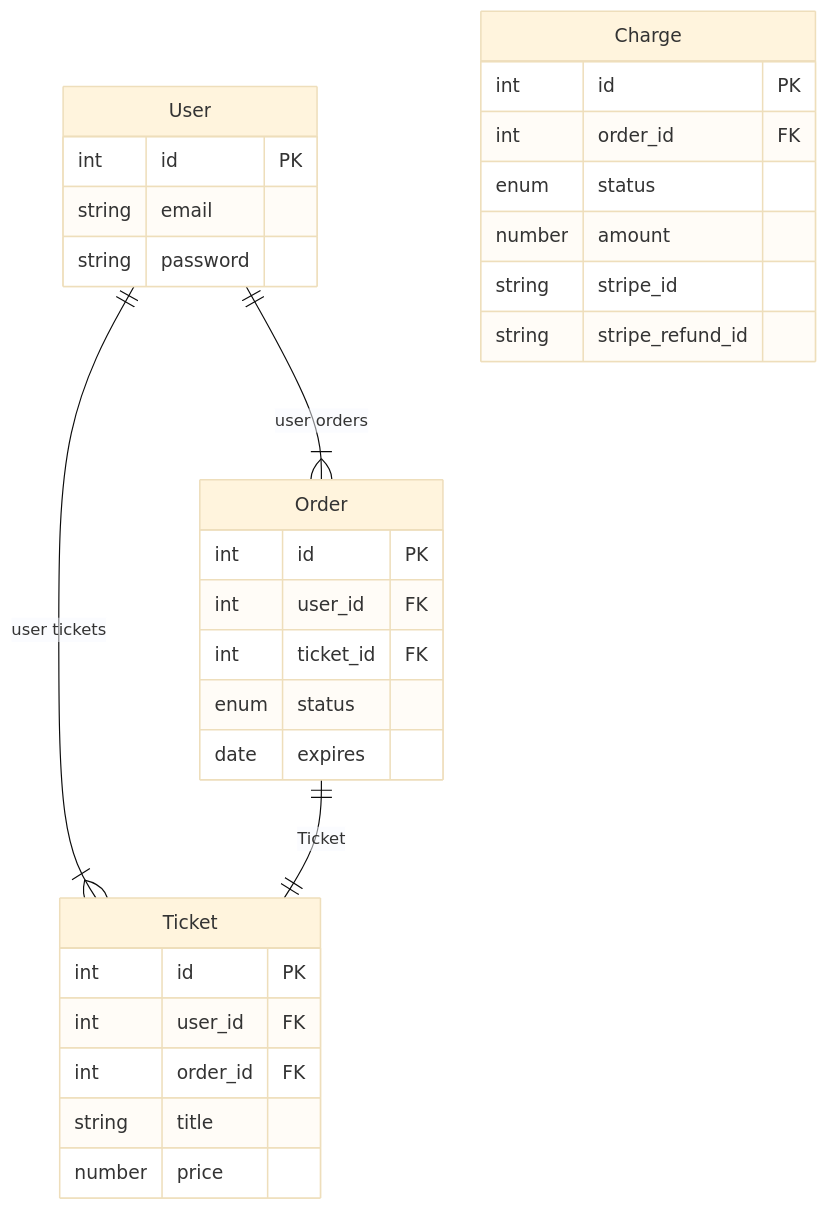
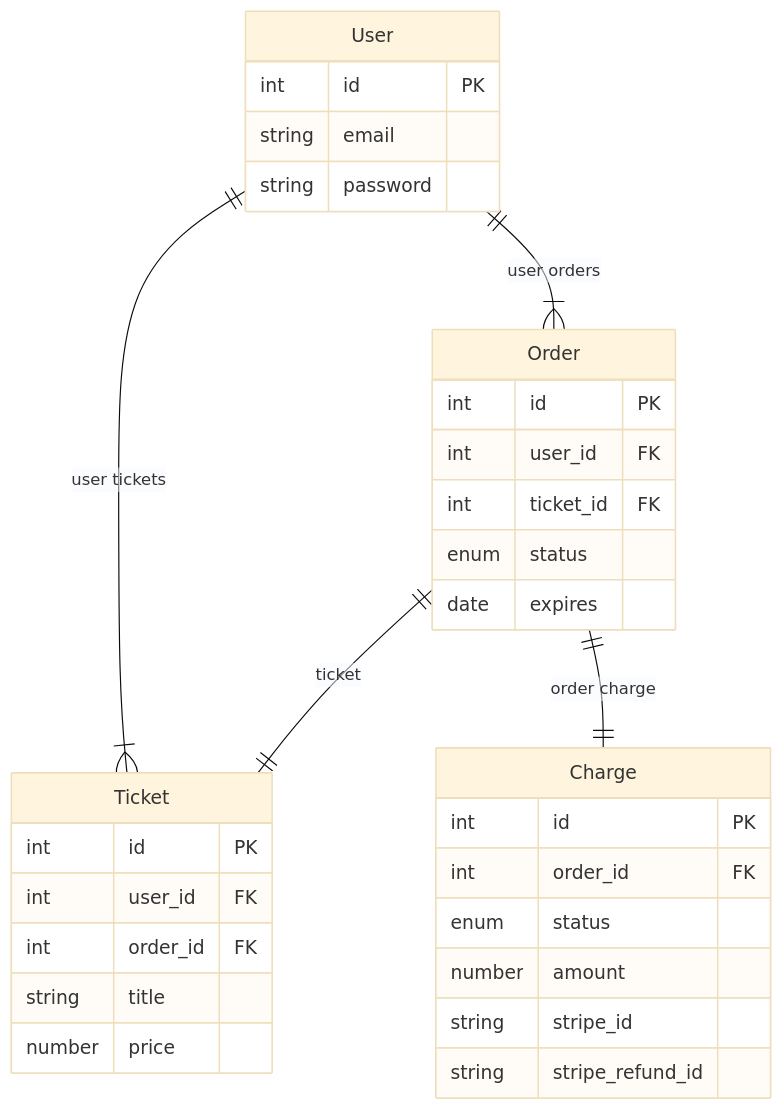
One commit to albin-joseph/nodejs-micro-service changed the diagram in ticketing/README.md. Above: the diagram before and after it, drawn with Mermaid (base theme).

Commit message:
add ticketing app erdiagram

````diff
--- a/ticketing/README.md
+++ b/ticketing/README.md
@@ -24,37 +24,38 @@
 ``` mermaid
         erDiagram
             User ||--|{ Order : "user orders"
             User ||--|{ Ticket : "user tickets"
             User {
                 int id PK
                 string email
                 string password
             }
 
-            Order ||--||Ticket : "Ticket"
+            Order ||--||Ticket : "ticket"
+            Order ||--|| Charge : "order charge"
             Order {
                 int id PK
                 int user_id FK
                 int ticket_id FK
                 enum status
                 date expires
             }
 
             Ticket {
                 int id PK
                 int user_id FK
                 int order_id FK
                 string title
                 number price
             }
 
              Charge {
                 int id PK
                 int order_id FK
                 enum status
                 number amount
                 string stripe_id
                 string stripe_refund_id
             }
 
 ```
````
